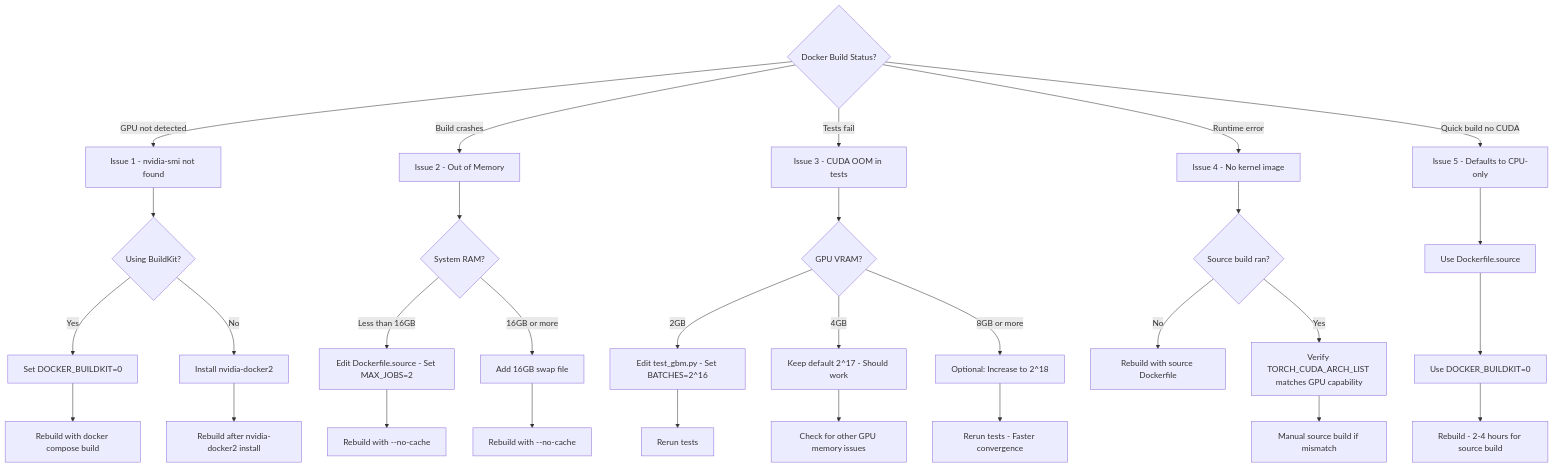
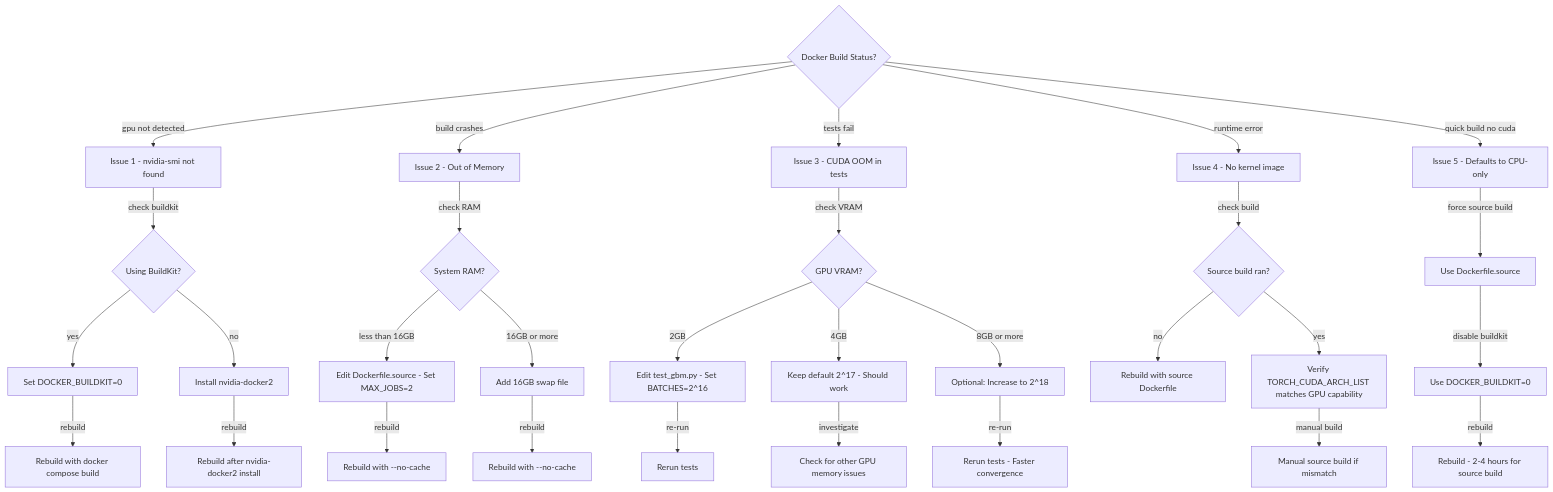
One commit to Tuee22/SpectralMC changed the diagram in documents/engineering/gpu_build.md. Above: the diagram before and after it, drawn with Mermaid. The commit also changed other lines of this file and 28 other files, not shown here.

````diff
--- a/documents/engineering/gpu_build.md
+++ b/documents/engineering/gpu_build.md
@@ -328,44 +341,44 @@
 ```mermaid
 flowchart TB
   Start{Docker Build Status?}
   NoGPU[Issue 1 - nvidia-smi not found]
   OOM[Issue 2 - Out of Memory]
   TestOOM[Issue 3 - CUDA OOM in tests]
   NoKernel[Issue 4 - No kernel image]
   CPUOnly[Issue 5 - Defaults to CPU-only]
 
-  Start -->|GPU not detected| NoGPU
-  Start -->|Build crashes| OOM
-  Start -->|Tests fail| TestOOM
-  Start -->|Runtime error| NoKernel
-  Start -->|Quick build no CUDA| CPUOnly
+  Start -->|gpu not detected| NoGPU
+  Start -->|build crashes| OOM
+  Start -->|tests fail| TestOOM
+  Start -->|runtime error| NoKernel
+  Start -->|quick build no cuda| CPUOnly
 
-  NoGPU --> DockerBuildKit{Using BuildKit?}
-  DockerBuildKit -->|Yes| DisableBuildKit[Set DOCKER_BUILDKIT=0]
-  DockerBuildKit -->|No| CheckNvidiaDocker[Install nvidia-docker2]
-  DisableBuildKit --> RebuildAfterBuildKit[Rebuild with docker compose build]
-  CheckNvidiaDocker --> RebuildAfterDocker[Rebuild after nvidia-docker2 install]
+  NoGPU -->|check buildkit| DockerBuildKit{Using BuildKit?}
+  DockerBuildKit -->|yes| DisableBuildKit[Set DOCKER_BUILDKIT=0]
+  DockerBuildKit -->|no| CheckNvidiaDocker[Install nvidia-docker2]
+  DisableBuildKit -->|rebuild| RebuildAfterBuildKit[Rebuild with docker compose build]
+  CheckNvidiaDocker -->|rebuild| RebuildAfterDocker[Rebuild after nvidia-docker2 install]
 
-  OOM --> CheckRAM{System RAM?}
-  CheckRAM -->|Less than 16GB| ReduceJobs[Edit Dockerfile.source - Set MAX_JOBS=2]
+  OOM -->|check RAM| CheckRAM{System RAM?}
+  CheckRAM -->|less than 16GB| ReduceJobs[Edit Dockerfile.source - Set MAX_JOBS=2]
   CheckRAM -->|16GB or more| AddSwap[Add 16GB swap file]
-  ReduceJobs --> RebuildAfterRAM[Rebuild with --no-cache]
-  AddSwap --> RebuildAfterSwap[Rebuild with --no-cache]
+  ReduceJobs -->|rebuild| RebuildAfterRAM[Rebuild with --no-cache]
+  AddSwap -->|rebuild| RebuildAfterSwap[Rebuild with --no-cache]
 
-  TestOOM --> CheckVRAM{GPU VRAM?}
+  TestOOM -->|check VRAM| CheckVRAM{GPU VRAM?}
   CheckVRAM -->|2GB| ReduceBatch2GB[Edit test_gbm.py - Set BATCHES=2^16]
   CheckVRAM -->|4GB| KeepDefault[Keep default 2^17 - Should work]
   CheckVRAM -->|8GB or more| IncreaseBatch[Optional: Increase to 2^18]
-  ReduceBatch2GB --> RerunTests[Rerun tests]
-  KeepDefault --> CheckOtherIssues[Check for other GPU memory issues]
-  IncreaseBatch --> RerunTestsFaster[Rerun tests - Faster convergence]
+  ReduceBatch2GB -->|re-run| RerunTests[Rerun tests]
+  KeepDefault -->|investigate| CheckOtherIssues[Check for other GPU memory issues]
+  IncreaseBatch -->|re-run| RerunTestsFaster[Rerun tests - Faster convergence]
 
-  NoKernel --> CheckBuild{Source build ran?}
-  CheckBuild -->|No| RebuildSource[Rebuild with source Dockerfile]
-  CheckBuild -->|Yes| CheckArch[Verify TORCH_CUDA_ARCH_LIST matches GPU capability]
-  CheckArch --> ManualSourceBuild[Manual source build if mismatch]
+  NoKernel -->|check build| CheckBuild{Source build ran?}
+  CheckBuild -->|no| RebuildSource[Rebuild with source Dockerfile]
+  CheckBuild -->|yes| CheckArch[Verify TORCH_CUDA_ARCH_LIST matches GPU capability]
+  CheckArch -->|manual build| ManualSourceBuild[Manual source build if mismatch]
 
-  CPUOnly --> ForceBuild[Use Dockerfile.source]
-  ForceBuild --> UseNoBuildKit[Use DOCKER_BUILDKIT=0]
-  UseNoBuildKit --> RebuildFromSource[Rebuild - 2-4 hours for source build]
+  CPUOnly -->|force source build| ForceBuild[Use Dockerfile.source]
+  ForceBuild -->|disable buildkit| UseNoBuildKit[Use DOCKER_BUILDKIT=0]
+  UseNoBuildKit -->|rebuild| RebuildFromSource[Rebuild - 2-4 hours for source build]
 ```
````
